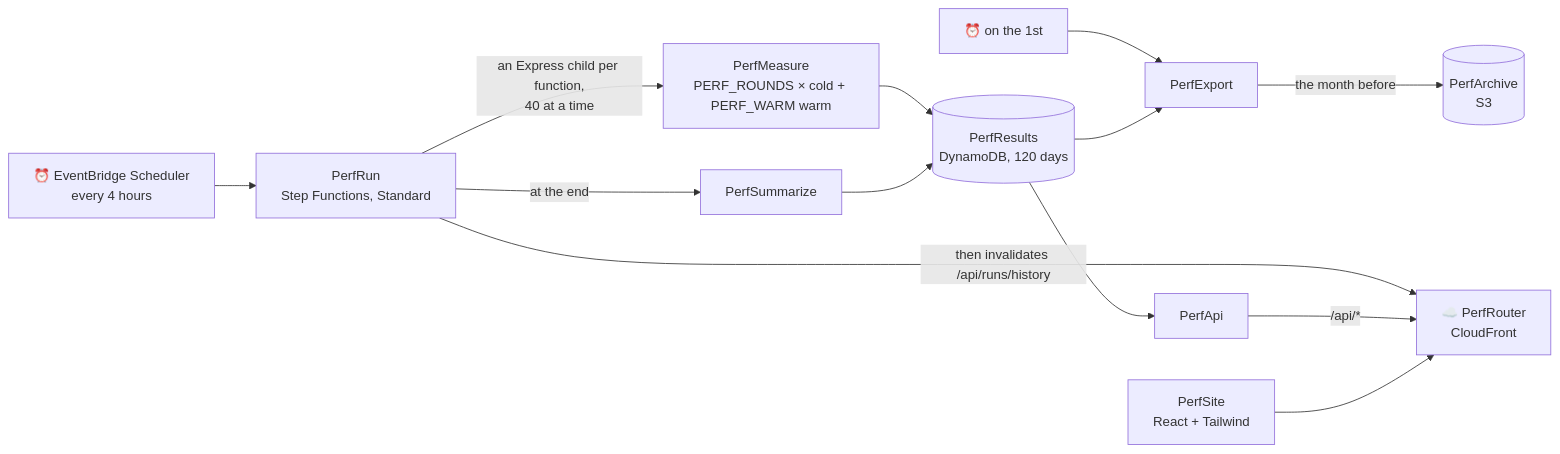
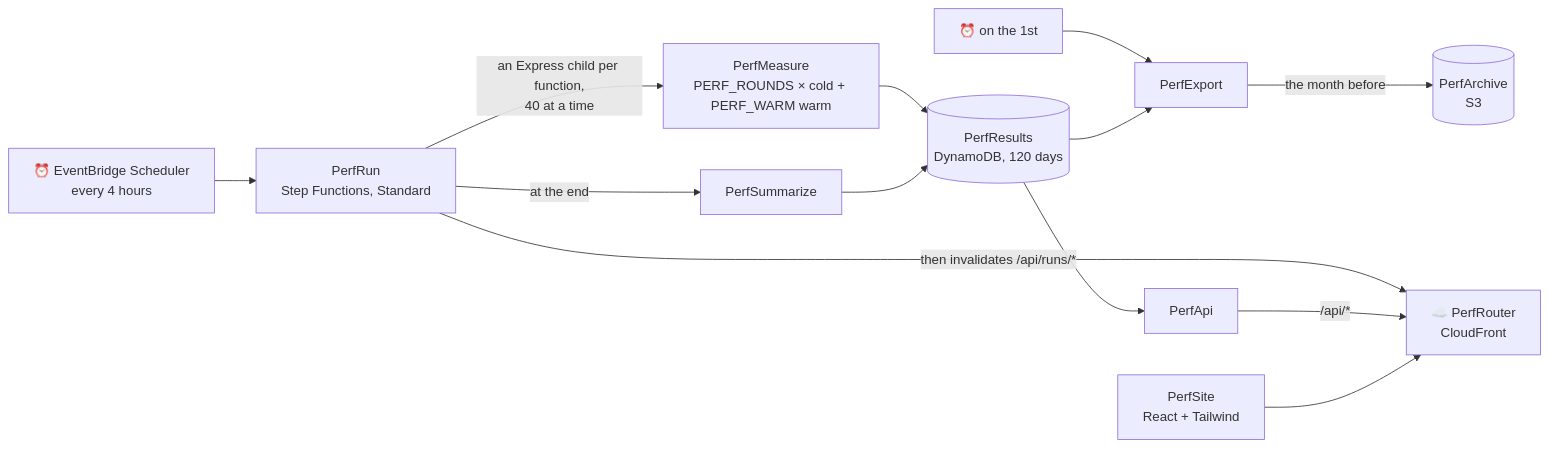
One commit to NimmLor/lambda-coldstarts changed the diagram in README.md. Above: the diagram before and after it, drawn with Mermaid. The commit also changed other lines of this file and 38 other files, not shown here.

````diff
--- a/README.md
+++ b/README.md
@@ -261,13 +264,13 @@
 ```mermaid
 flowchart LR
   S[⏰ EventBridge Scheduler<br>every 4 hours] --> R[PerfRun<br>Step Functions, Standard]
   R -- an Express child per function,<br>40 at a time --> M[PerfMeasure<br>PERF_ROUNDS × cold + PERF_WARM warm]
   M --> D[(PerfResults<br>DynamoDB, 120 days)]
   R -- at the end --> Z[PerfSummarize] --> D
-  R -- then invalidates /api/runs/history --> C
+  R -- then invalidates /api/runs/* --> C
   E[⏰ on the 1st] --> X[PerfExport] -- the month before --> B[(PerfArchive<br>S3)]
   D --> X
   D --> A[PerfApi]
   A -- /api/* --> C[☁️ PerfRouter<br>CloudFront]
   W[PerfSite<br>React + Tailwind] --> C
 ```
````
